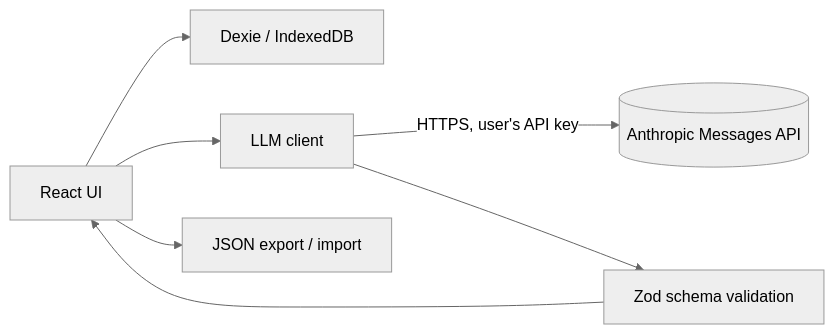
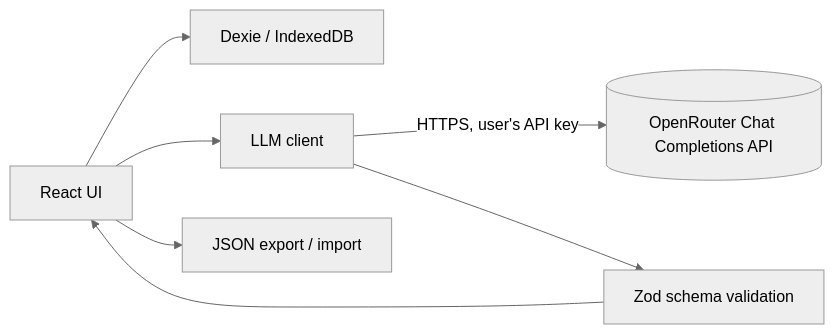
The diagram in docs/SPEC.md (ISRAEL-DUFF/imitatio), drawn with Mermaid (neutral theme) before and after one commit. The commit also changed other lines of this file, not shown here.

First line of the commit message:
docs(spec): use OpenRouter instead of the Anthropic API

````diff
--- a/docs/SPEC.md
+++ b/docs/SPEC.md
@@ -102,9 +102,9 @@
 ```mermaid
 flowchart LR
   UI[React UI] --> Store[Dexie / IndexedDB]
   UI --> LLM[LLM client]
-  LLM -->|HTTPS, user's API key| API[(Anthropic Messages API)]
+  LLM -->|HTTPS, user's API key| API[(OpenRouter Chat Completions API)]
   LLM --> Val[Zod schema validation]
   Val --> UI
   UI --> Export[JSON export / import]
 ```
````
